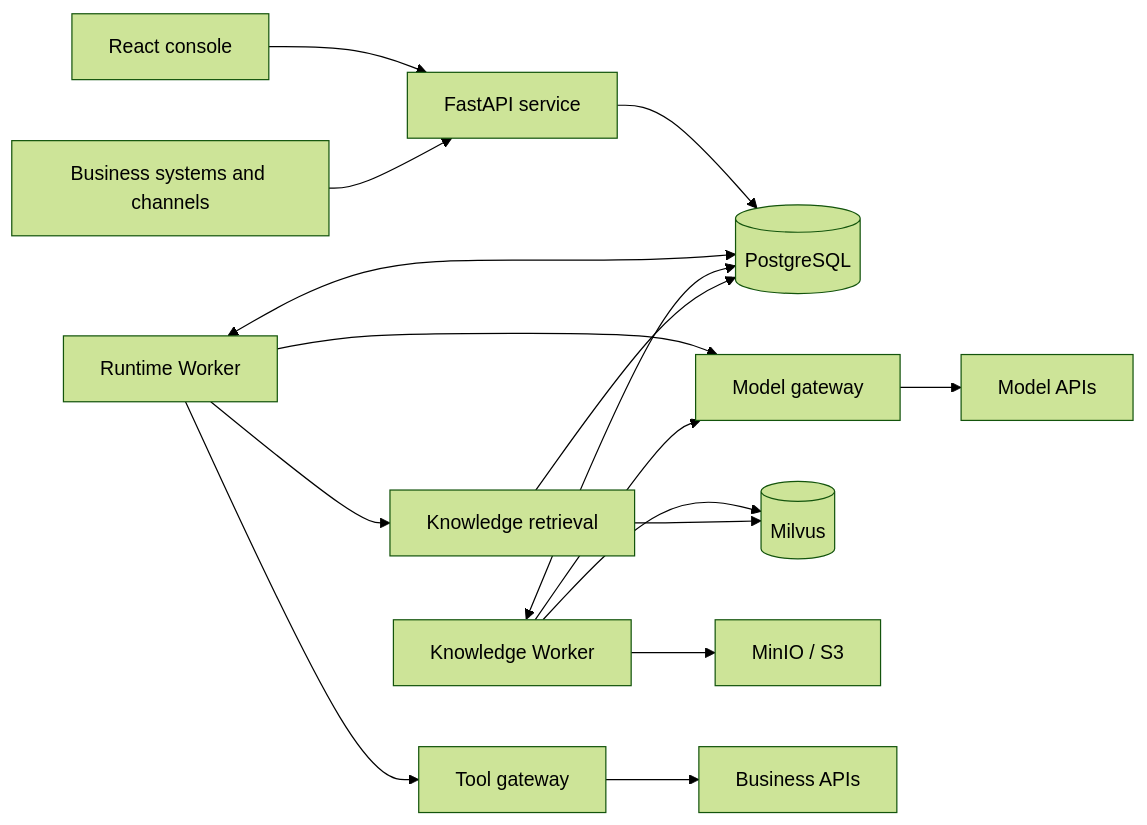
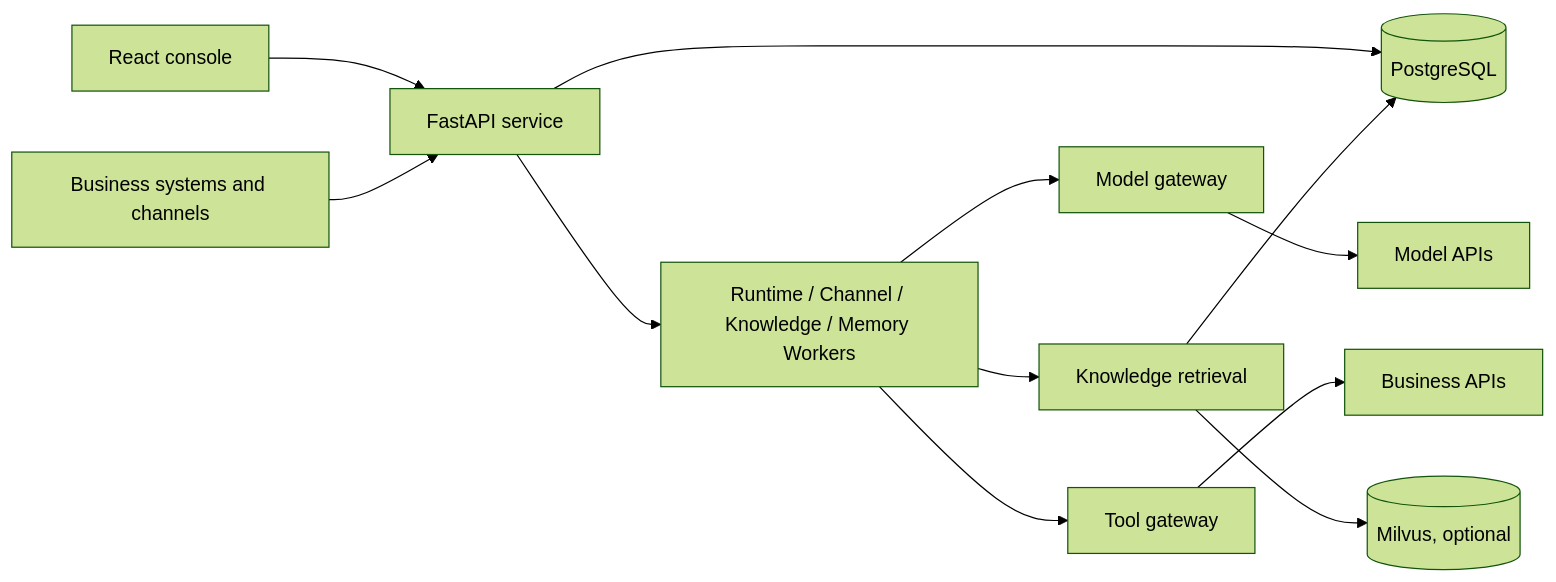
One commit to GroundedCore/nexusdesk changed the diagram in README.md. Above: the diagram before and after it, drawn with Mermaid (forest theme). The commit also changed other lines of this file, not shown here.

````diff
--- a/README.md
+++ b/README.md
@@ -174,18 +123,14 @@
 ```mermaid
 flowchart LR
     Console[React console] --> API[FastAPI service]
     Channels[Business systems and channels] --> API
     API --> PG[(PostgreSQL)]
-    Runtime[Runtime Worker] <--> PG
-    Knowledge[Knowledge Worker] <--> PG
-    Runtime --> Gateway[Model gateway]
-    Runtime --> Tools[Tool gateway]
-    Runtime --> Retrieval[Knowledge retrieval]
-    Knowledge --> Gateway
-    Knowledge --> Milvus[(Milvus)]
-    Knowledge --> Storage[MinIO / S3]
-    Retrieval --> Milvus
-    Retrieval --> PG
+    API --> Workers[Runtime / Channel / Knowledge / Memory Workers]
+    Workers --> Gateway[Model gateway]
+    Workers --> Tools[Tool gateway]
+    Workers --> Retrieval[Knowledge retrieval]
     Gateway --> Models[Model APIs]
     Tools --> Business[Business APIs]
+    Retrieval --> PG
+    Retrieval --> Milvus[(Milvus, optional)]
 ```
````
